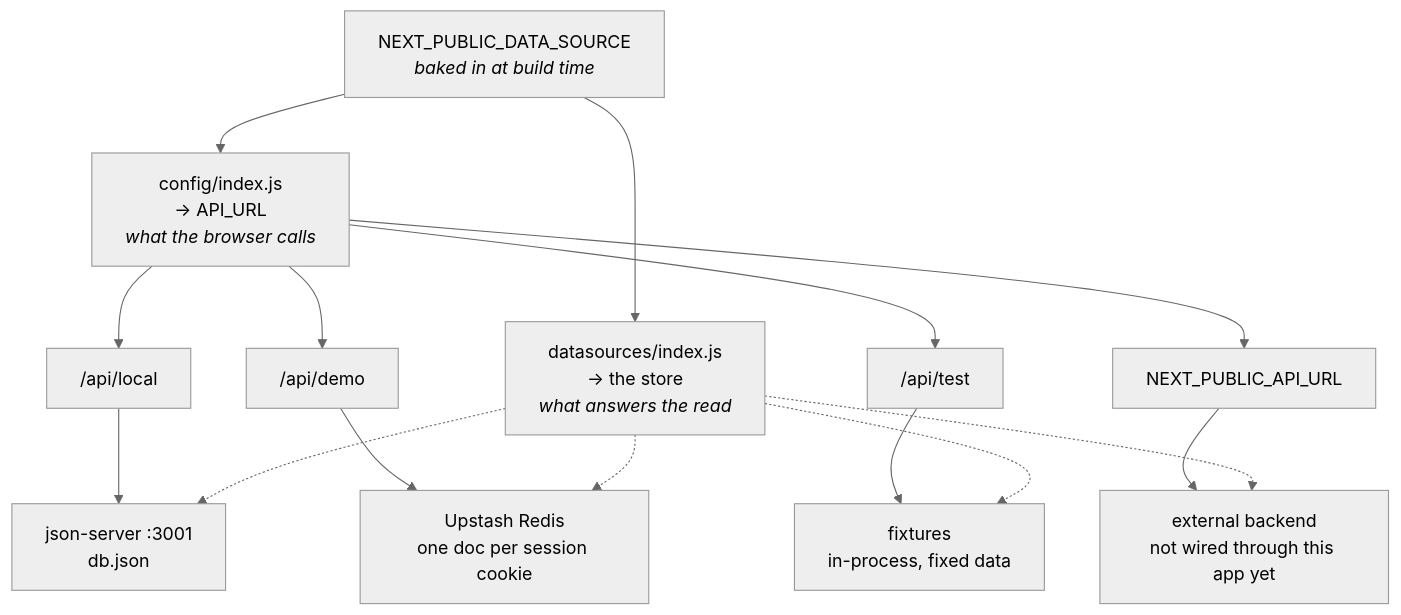
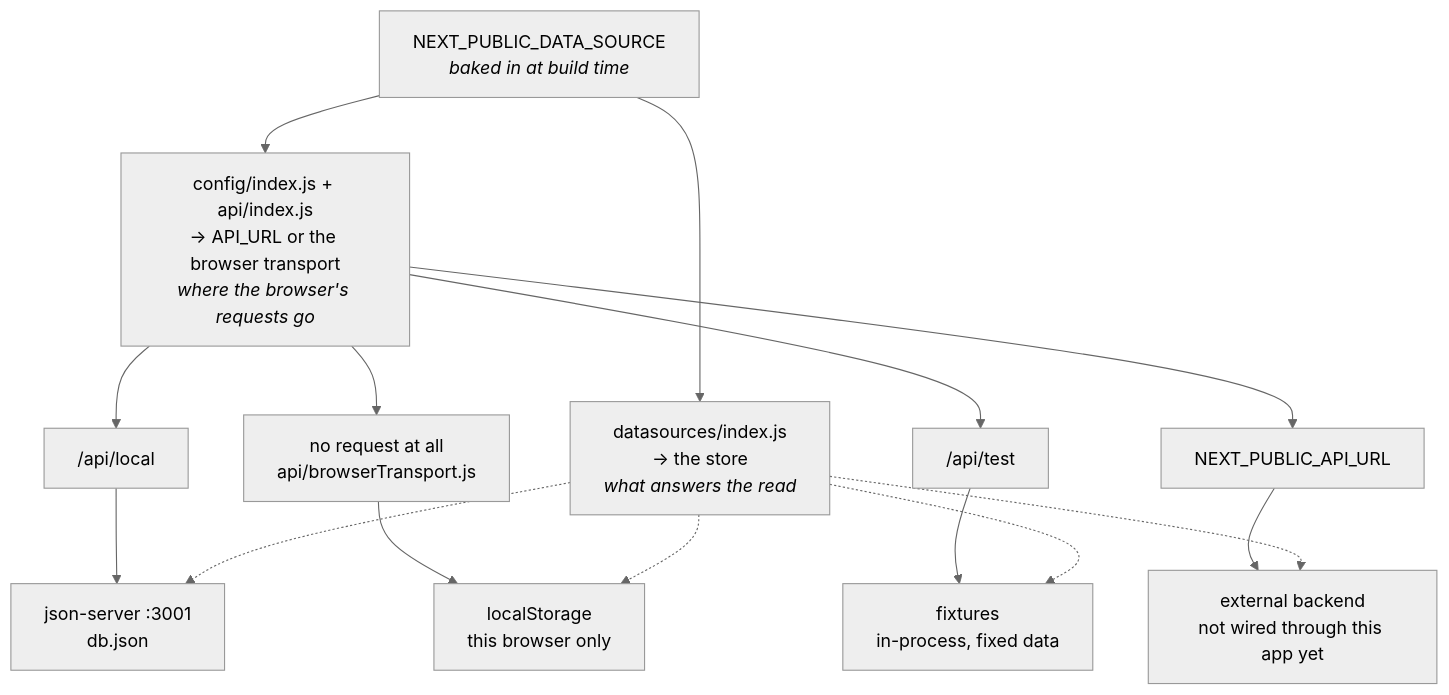
One commit to glrodasz/cero-web changed the diagram in docs/deployment.md. Above: the diagram before and after it, drawn with Mermaid (neutral theme). The commit also changed other lines of this file and 63 other files, not shown here.

````diff
--- a/docs/deployment.md
+++ b/docs/deployment.md
@@ -20,21 +21,21 @@
 ```mermaid
 flowchart TD
   ENV["NEXT_PUBLIC_DATA_SOURCE<br/><i>baked in at build time</i>"]
-  ENV --> URL["config/index.js<br/>→ API_URL<br/><i>what the browser calls</i>"]
+  ENV --> URL["config/index.js + api/index.js<br/>→ API_URL or the browser transport<br/><i>where the browser's requests go</i>"]
   ENV --> STORE["datasources/index.js<br/>→ the store<br/><i>what answers the read</i>"]
 
   URL --> LOCAL["/api/local"]
-  URL --> DEMO["/api/demo"]
+  URL --> INBROWSER["no request at all<br/>api/browserTransport.js"]
   URL --> TEST["/api/test"]
   URL --> EXT["NEXT_PUBLIC_API_URL"]
 
   LOCAL --> JS["json-server :3001<br/>db.json"]
-  DEMO --> REDIS["Upstash Redis<br/>one doc per session cookie"]
+  INBROWSER --> LS["localStorage<br/>this browser only"]
   TEST --> FIX["fixtures<br/>in-process, fixed data"]
   EXT --> BACKEND["external backend<br/>not wired through this app yet"]
 
   STORE -.-> JS
-  STORE -.-> REDIS
+  STORE -.-> LS
   STORE -.-> FIX
   STORE -.-> BACKEND
 ```
````
